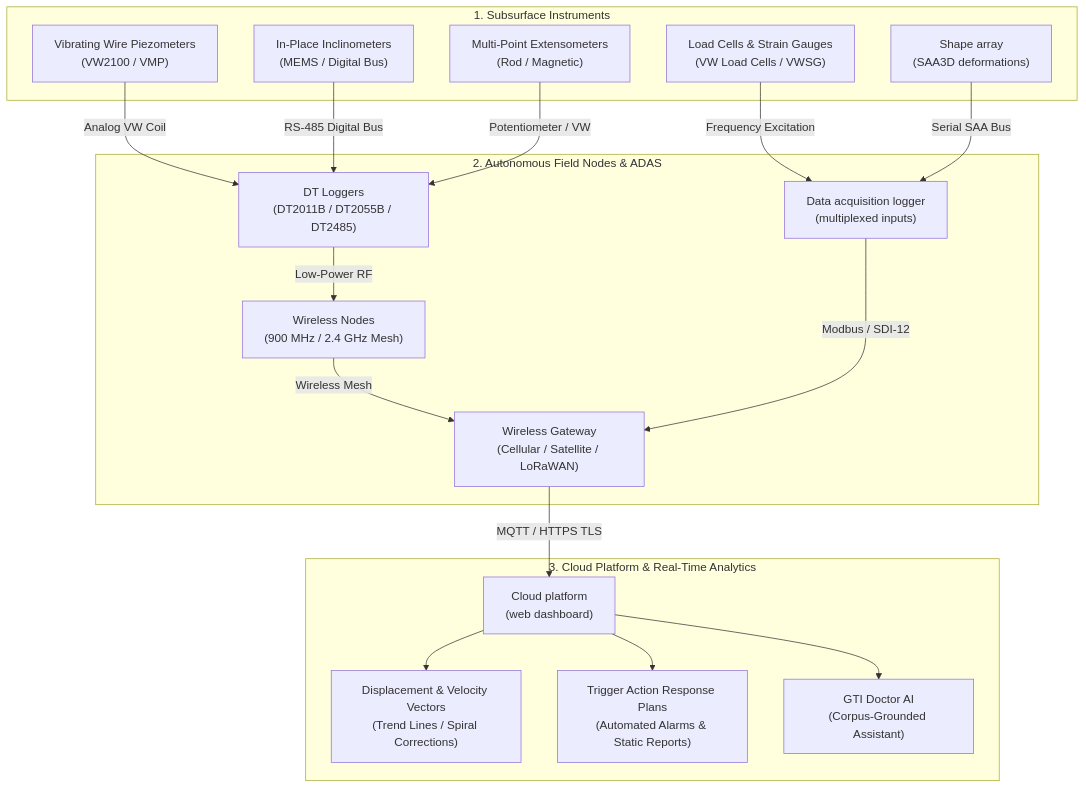
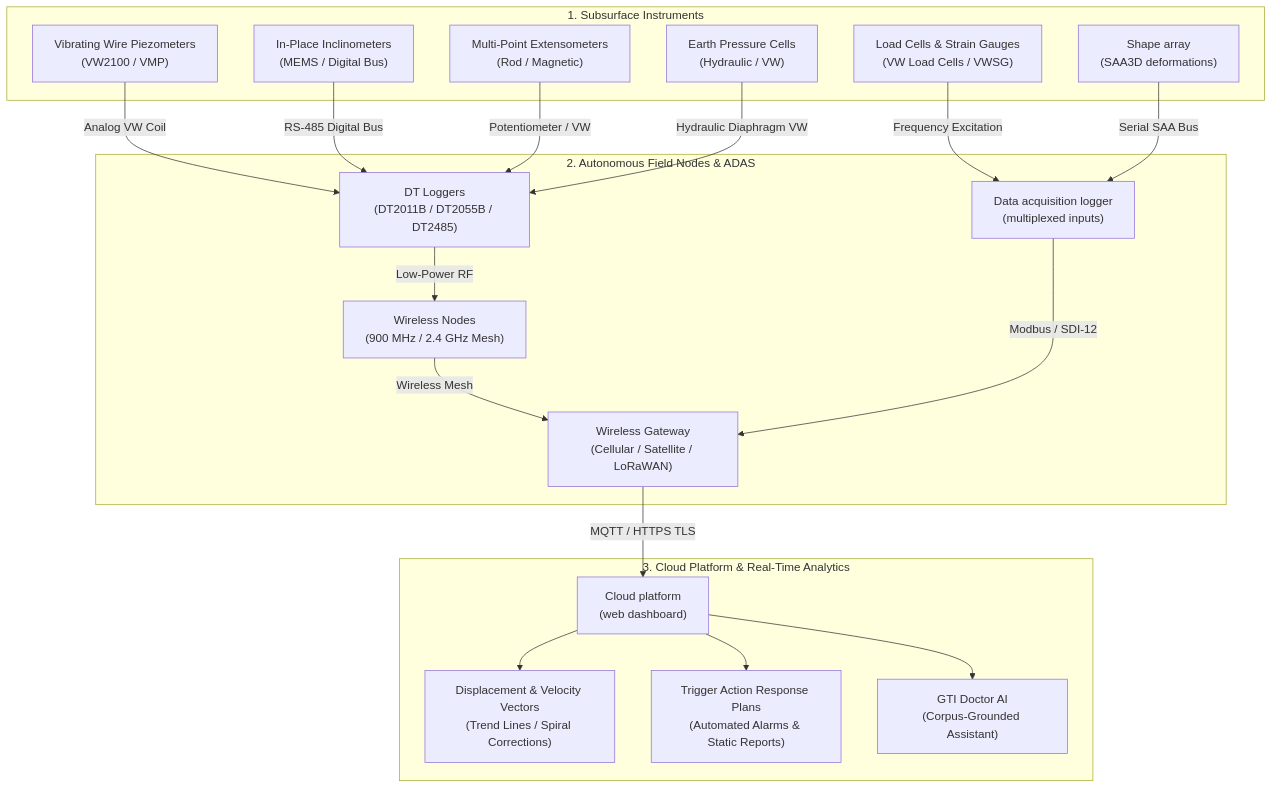
The diagram in docs/visualizer.md (geoinst/geoinst.github.io), drawn with Mermaid before and after one commit. The commit also changed other lines of this file and 4 other files, not shown here.

````diff
--- a/docs/visualizer.md
+++ b/docs/visualizer.md
@@ -230,39 +479,41 @@
 ```mermaid
 graph TD
     subgraph Subsurface_Sensors["1. Subsurface Instruments"]
         VWP["Vibrating Wire Piezometers<br/>(VW2100 / VMP)"]
         IPI["In-Place Inclinometers<br/>(MEMS / Digital Bus)"]
         MPBX["Multi-Point Extensometers<br/>(Rod / Magnetic)"]
         LC["Load Cells & Strain Gauges<br/>(VW Load Cells / VWSG)"]
         SAA["Shape array<br/>(SAA3D deformations)"]
+        EPC["Earth Pressure Cells<br/>(Hydraulic / VW)"]
     end
 
     subgraph Field_Logging_Telemetry["2. Autonomous Field Nodes & ADAS"]
         DT["DT Loggers<br/>(DT2011B / DT2055B / DT2485)"]
         L900["Wireless Nodes<br/>(900 MHz / 2.4 GHz Mesh)"]
         CR6["Data acquisition logger<br/>(multiplexed inputs)"]
         HUB["Wireless Gateway<br/>(Cellular / Satellite / LoRaWAN)"]
     end
 
     subgraph Cloud_Intelligence["3. Cloud Platform & Real-Time Analytics"]
         GEO["Cloud platform<br/>(web dashboard)"]
         CALC["Displacement & Velocity Vectors<br/>(Trend Lines / Spiral Corrections)"]
         TARP["Trigger Action Response Plans<br/>(Automated Alarms & Static Reports)"]
         GTI["GTI Doctor AI<br/>(Corpus-Grounded Assistant)"]
     end
 
     VWP -->|Analog VW Coil| DT
     IPI -->|RS-485 Digital Bus| DT
     MPBX -->|Potentiometer / VW| DT
     LC -->|Frequency Excitation| CR6
     SAA -->|Serial SAA Bus| CR6
+    EPC -->|Hydraulic Diaphragm VW| DT
 
     DT -->|Low-Power RF| L900
     L900 -->|Wireless Mesh| HUB
     CR6 -->|Modbus / SDI-12| HUB
     
     HUB -->|MQTT / HTTPS TLS| GEO
     GEO --> CALC
     GEO --> TARP
     GEO --> GTI
 ```
````
